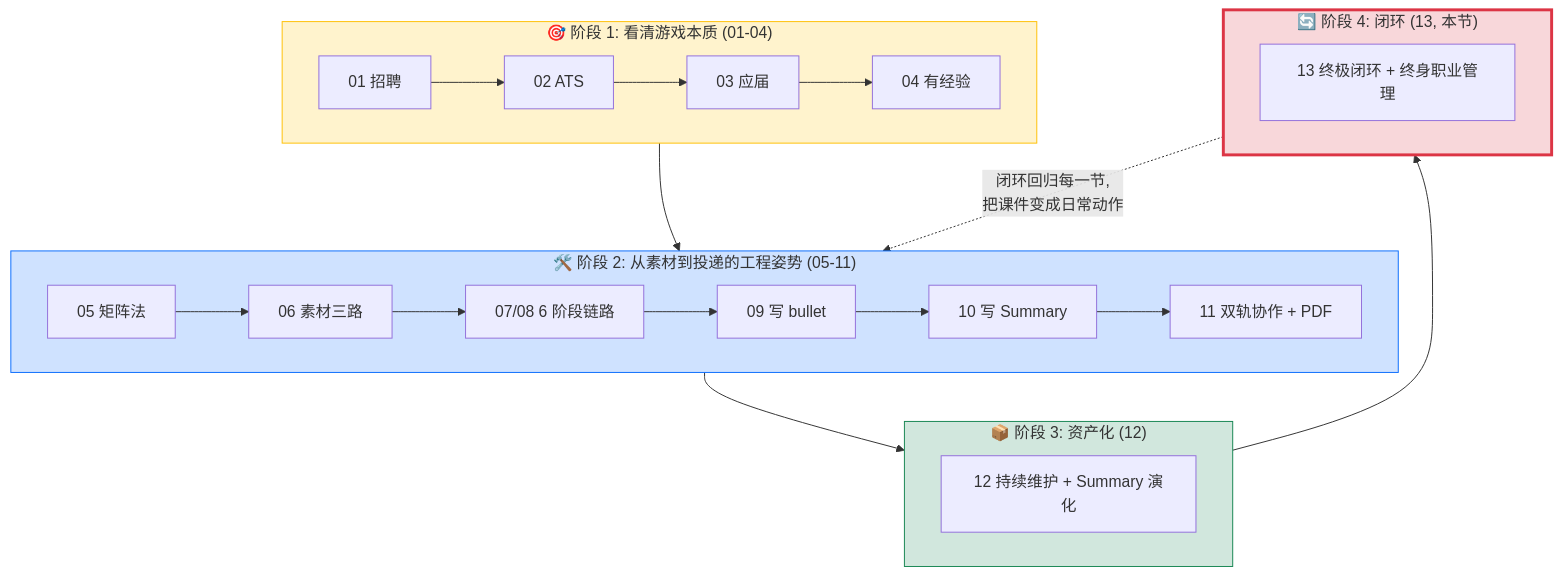
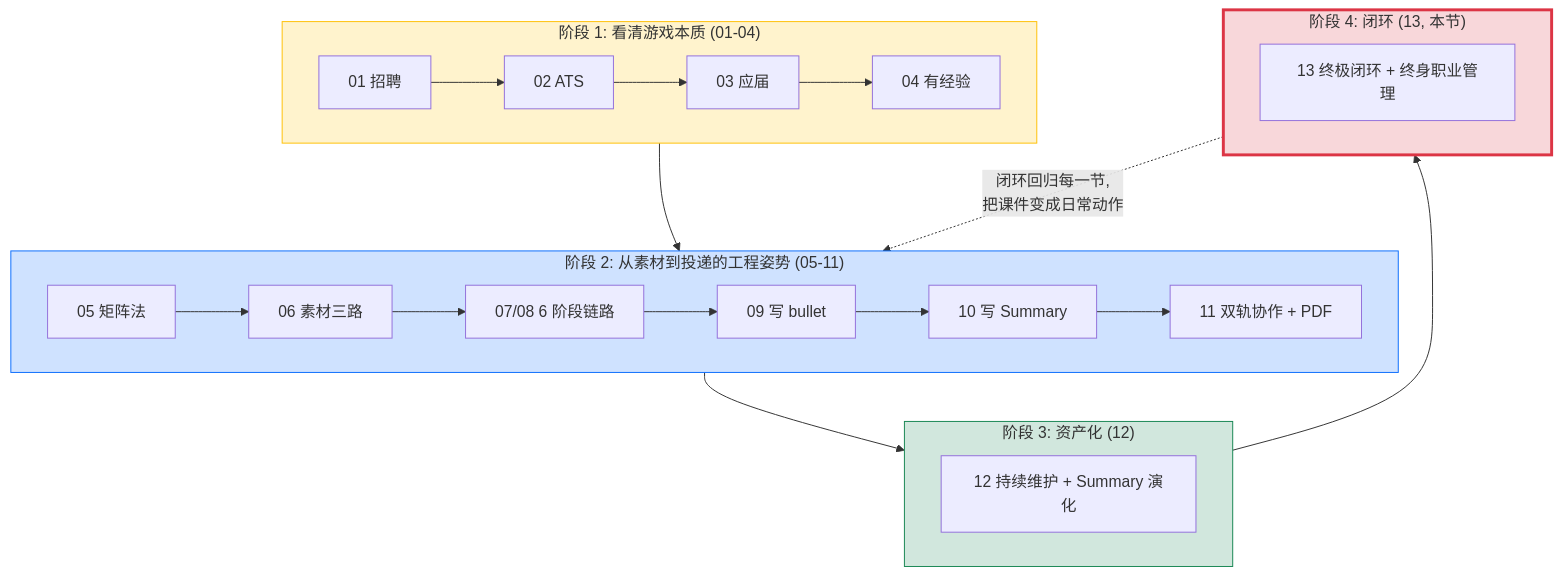
The second of 2 diagrams in examples/13-final-synthesis/README-cn.md (YingqiangYuan/Resume_Matrix), drawn with Mermaid before and after one commit. The commit also changed other lines of this file and 5 other files, not shown here.

````diff
--- a/examples/13-final-synthesis/README-cn.md
+++ b/examples/13-final-synthesis/README-cn.md
@@ -177,29 +177,29 @@
 ```mermaid
 flowchart TD
-    subgraph THEORY ["🎯 阶段 1: 看清游戏本质 (01-04)"]
+    subgraph THEORY ["阶段 1: 看清游戏本质 (01-04)"]
         T1["01 招聘"] --> T2["02 ATS"] --> T3["03 应届"] --> T4["04 有经验"]
     end
 
-    subgraph BUILD ["🛠️ 阶段 2: 从素材到投递的工程姿势 (05-11)"]
+    subgraph BUILD ["阶段 2: 从素材到投递的工程姿势 (05-11)"]
         B1["05 矩阵法"] --> B2["06 素材三路"] --> B3["07/08 6 阶段链路"]
         B3 --> B4["09 写 bullet"] --> B5["10 写 Summary"] --> B6["11 双轨协作 + PDF"]
     end
 
-    subgraph ASSET ["📦 阶段 3: 资产化 (12)"]
+    subgraph ASSET ["阶段 3: 资产化 (12)"]
         A1["12 持续维护 + Summary 演化"]
     end
 
-    subgraph LOOP ["🔄 阶段 4: 闭环 (13, 本节)"]
+    subgraph LOOP ["阶段 4: 闭环 (13, 本节)"]
         L1["13 终极闭环 + 终身职业管理"]
     end
 
     THEORY --> BUILD
     BUILD --> ASSET
     ASSET --> LOOP
     LOOP -.->|"闭环回归每一节,<br/>把课件变成日常动作"| BUILD
 
     style THEORY fill:#fff3cd,stroke:#ffc107
     style BUILD fill:#cfe2ff,stroke:#0d6efd
     style ASSET fill:#d1e7dd,stroke:#198754
     style LOOP fill:#f8d7da,stroke:#dc3545,stroke-width:3px
 ```
````
